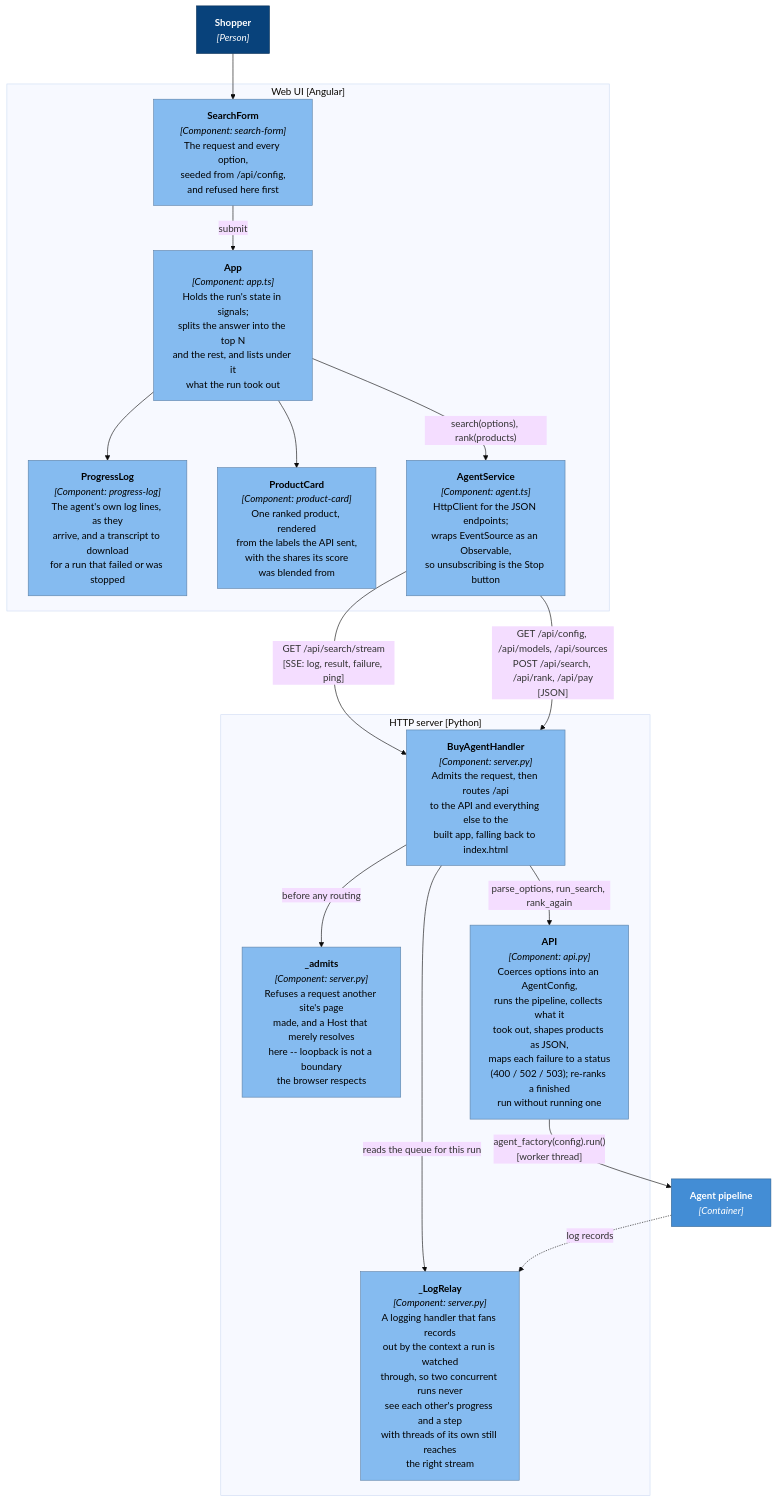
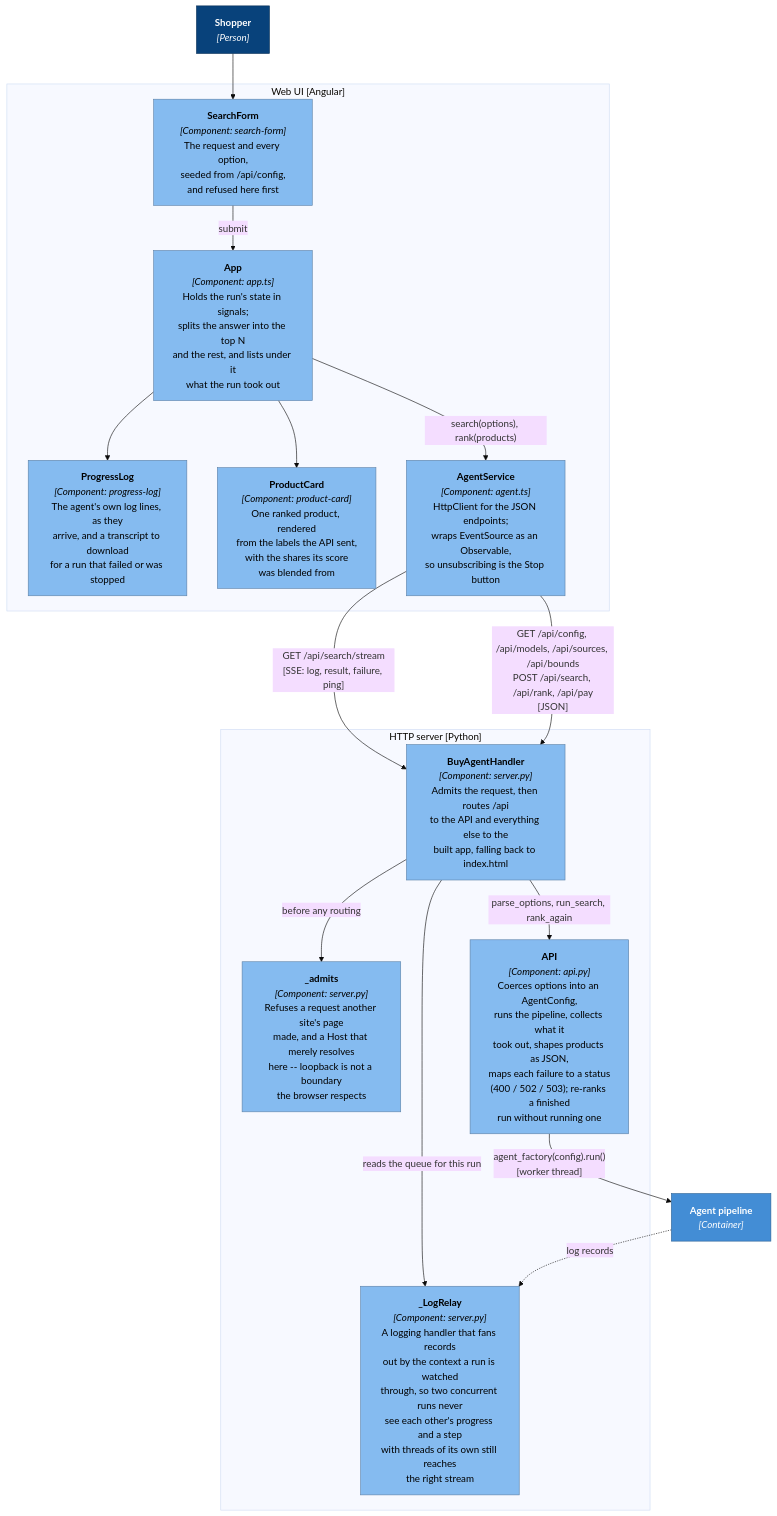
Before and after one commit to adamw7/buy_agent: the fourth of 5 diagrams in docs/architecture.md, drawn with Mermaid (base theme). The commit also changed other lines of this file and 44 other files, not shown here.

````diff
--- a/docs/architecture.md
+++ b/docs/architecture.md
@@ -323,42 +330,42 @@
 ```mermaid
 graph TB
     browserUser["<b>Shopper</b><br/><i>[Person]</i>"]
 
     subgraph spa["Web UI [Angular]"]
         app["<b>App</b><br/><i>[Component: app.ts]</i><br/>Holds the run's state in signals;<br/>splits the answer into the top N<br/>and the rest, and lists under it<br/>what the run took out"]
         form["<b>SearchForm</b><br/><i>[Component: search-form]</i><br/>The request and every option,<br/>seeded from /api/config,<br/>and refused here first"]
         log["<b>ProgressLog</b><br/><i>[Component: progress-log]</i><br/>The agent's own log lines, as they<br/>arrive, and a transcript to download<br/>for a run that failed or was stopped"]
         card["<b>ProductCard</b><br/><i>[Component: product-card]</i><br/>One ranked product, rendered<br/>from the labels the API sent,<br/>with the shares its score<br/>was blended from"]
         agentsvc["<b>AgentService</b><br/><i>[Component: agent.ts]</i><br/>HttpClient for the JSON endpoints;<br/>wraps EventSource as an Observable,<br/>so unsubscribing is the Stop button"]
     end
 
     subgraph srv["HTTP server [Python]"]
         handler["<b>BuyAgentHandler</b><br/><i>[Component: server.py]</i><br/>Admits the request, then routes /api<br/>to the API and everything else to the<br/>built app, falling back to index.html"]
         guard["<b>_admits</b><br/><i>[Component: server.py]</i><br/>Refuses a request another site's page<br/>made, and a Host that merely resolves<br/>here -- loopback is not a boundary<br/>the browser respects"]
         relay["<b>_LogRelay</b><br/><i>[Component: server.py]</i><br/>A logging handler that fans records<br/>out by the context a run is watched<br/>through, so two concurrent runs never<br/>see each other's progress and a step<br/>with threads of its own still reaches<br/>the right stream"]
         api["<b>API</b><br/><i>[Component: api.py]</i><br/>Coerces options into an AgentConfig,<br/>runs the pipeline, collects what it<br/>took out, shapes products as JSON,<br/>maps each failure to a status<br/>(400 / 502 / 503); re-ranks a finished<br/>run without running one"]
     end
 
     agentpipeline["<b>Agent pipeline</b><br/><i>[Container]</i>"]
 
     browserUser --> form
     form -->|"submit"| app
     app --> log
     app --> card
     app -->|"search(options), rank(products)"| agentsvc
     agentsvc -->|"GET /api/search/stream<br/>[SSE: log, result, failure, ping]"| handler
-    agentsvc -->|"GET /api/config, /api/models, /api/sources<br/>POST /api/search, /api/rank, /api/pay<br/>[JSON]"| handler
+    agentsvc -->|"GET /api/config, /api/models, /api/sources, /api/bounds<br/>POST /api/search, /api/rank, /api/pay<br/>[JSON]"| handler
 
     handler -->|"before any routing"| guard
     handler -->|"parse_options, run_search, rank_again"| api
     handler -->|"reads the queue for this run"| relay
     api -->|"agent_factory(config).run()<br/>[worker thread]"| agentpipeline
     agentpipeline -.->|"log records"| relay
 
     classDef person fill:#08427b,stroke:#052e56,color:#fff
     classDef container fill:#438dd5,stroke:#2e6295,color:#fff
     classDef component fill:#85bbf0,stroke:#5d82a8,color:#000
     class browserUser person
     class agentpipeline container
     class app,form,log,card,agentsvc,handler,guard,relay,api component
 ```
````
